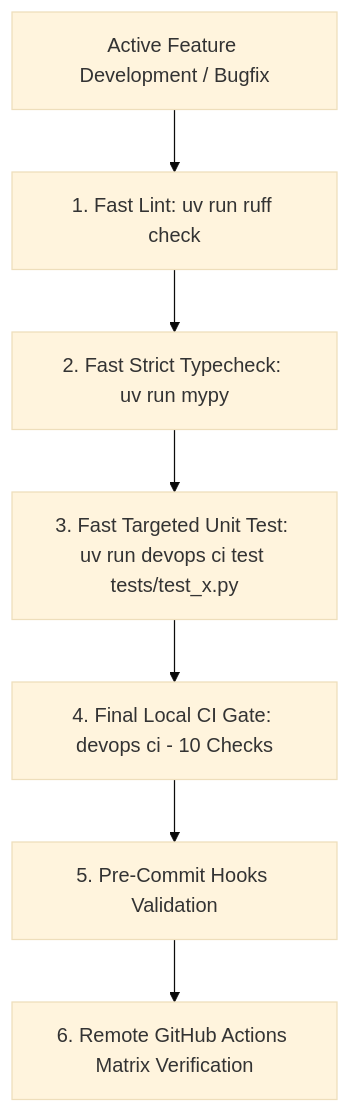
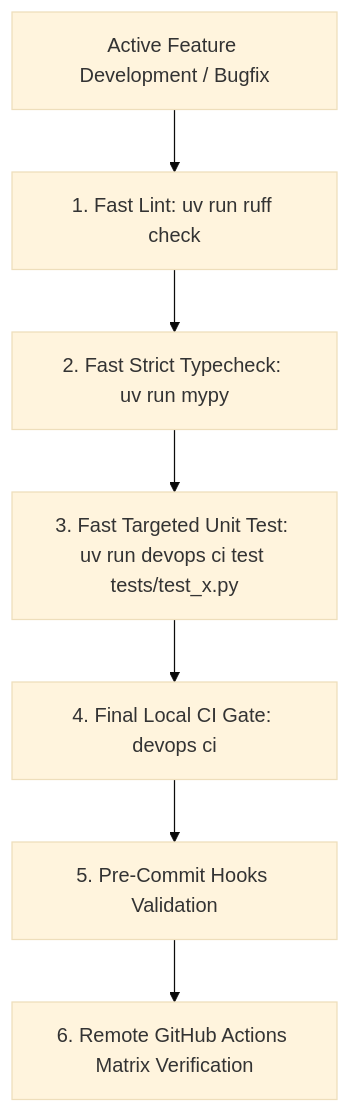
The diagram in src/devops_cli/ai/knowledge_base/it_domains/topics/continuous_integration_and_progressive_verification.md (dan-petty/devops-cli), drawn with Mermaid (base theme) before and after one commit. The commit also changed other lines of this file and 58 other files, not shown here.

````diff
--- a/src/devops_cli/ai/knowledge_base/it_domains/topics/continuous_integration_and_progressive_verification.md
+++ b/src/devops_cli/ai/knowledge_base/it_domains/topics/continuous_integration_and_progressive_verification.md
@@ -20,9 +20,9 @@
 ```mermaid
 graph TD
     A[Active Feature Development / Bugfix] --> B[1. Fast Lint: uv run ruff check]
     B --> C[2. Fast Strict Typecheck: uv run mypy]
     C --> D[3. Fast Targeted Unit Test: uv run devops ci test tests/test_x.py]
-    D --> E[4. Final Local CI Gate: devops ci - 10 Checks]
+    D --> E[4. Final Local CI Gate: devops ci]
     E --> F[5. Pre-Commit Hooks Validation]
     F --> G[6. Remote GitHub Actions Matrix Verification]
 ```
````
